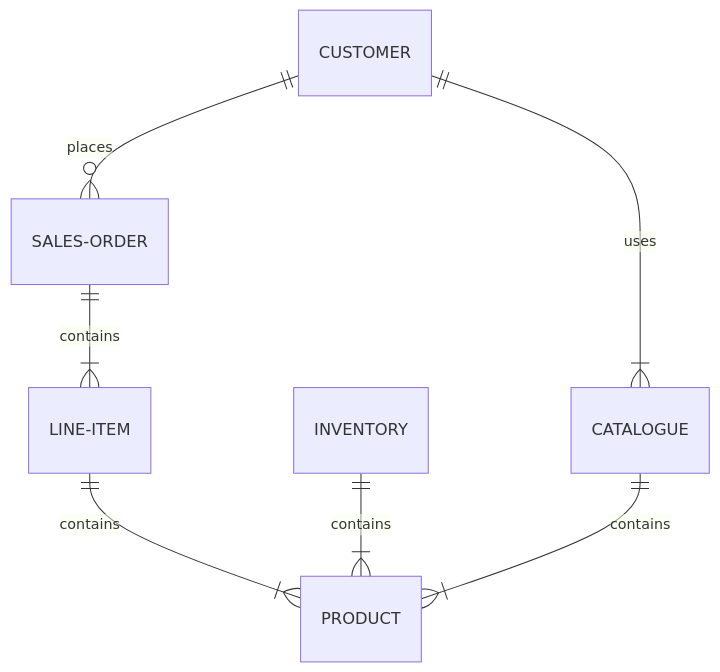
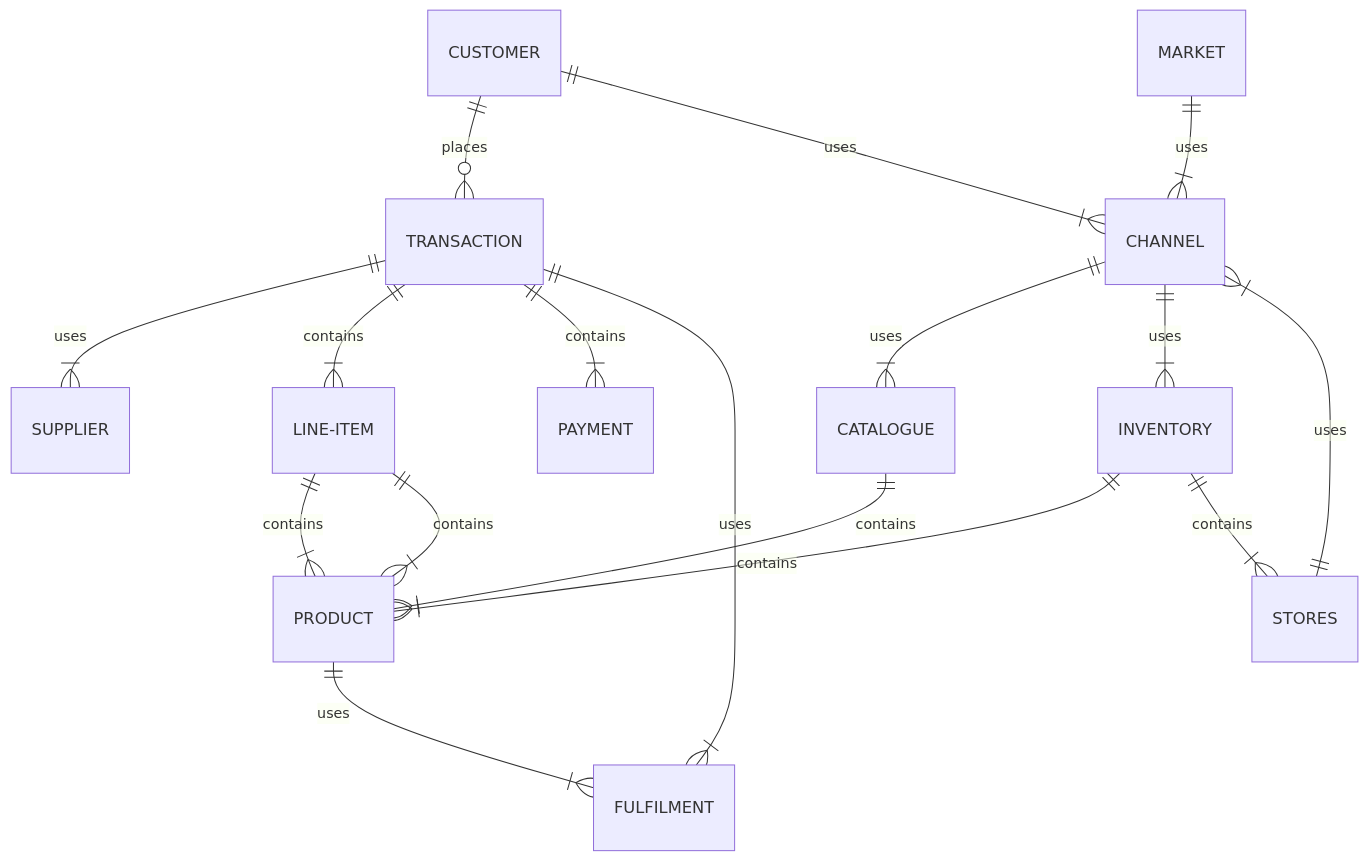
One commit to mattlightbourn1/mattlightbourn1 changed the diagram in retail_data_model.md. Above: the diagram before and after it, drawn with Mermaid.

````diff
--- a/retail_data_model.md
+++ b/retail_data_model.md
@@ -2,9 +2,19 @@
 ```mermaid
 erDiagram
-    CUSTOMER ||--o{ SALES-ORDER : places
-    SALES-ORDER ||--|{ LINE-ITEM : contains
+    TRANSACTION ||--|{ SUPPLIER : uses
+    CUSTOMER ||--o{ TRANSACTION : places
+    TRANSACTION ||--|{ LINE-ITEM : contains
     LINE-ITEM ||--|{ PRODUCT : contains
     INVENTORY ||--|{ PRODUCT : contains
-    CUSTOMER ||--|{ CATALOGUE : uses
+    CUSTOMER ||--|{ CHANNEL : uses
+    TRANSACTION ||--|{ PAYMENT : contains
+    PRODUCT ||--|{ FULFILMENT : uses
+    TRANSACTION ||--|{ FULFILMENT : uses
+    MARKET ||--|{ CHANNEL : uses
+    STORES ||--|{ CHANNEL : uses
+    CHANNEL ||--|{ CATALOGUE : uses
+    CHANNEL ||--|{ INVENTORY : uses
+    INVENTORY ||--|{ STORES : contains
     CATALOGUE ||--|{ PRODUCT : contains
+    LINE-ITEM ||--|{ PRODUCT : contains
 ```
````
